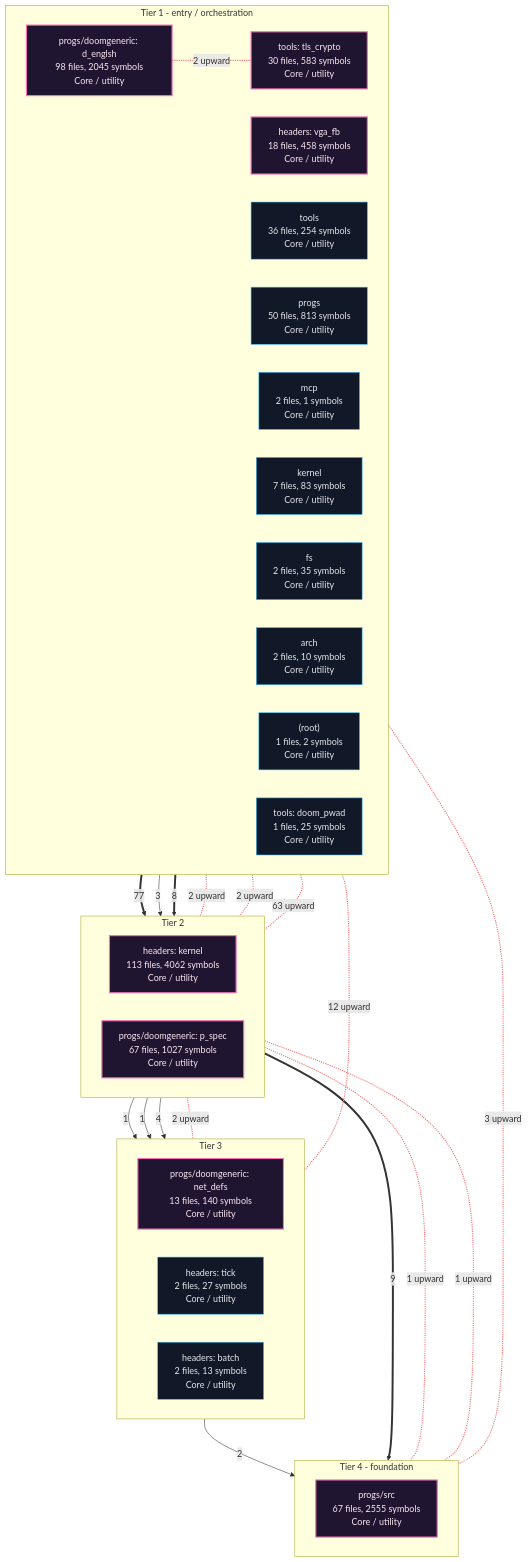
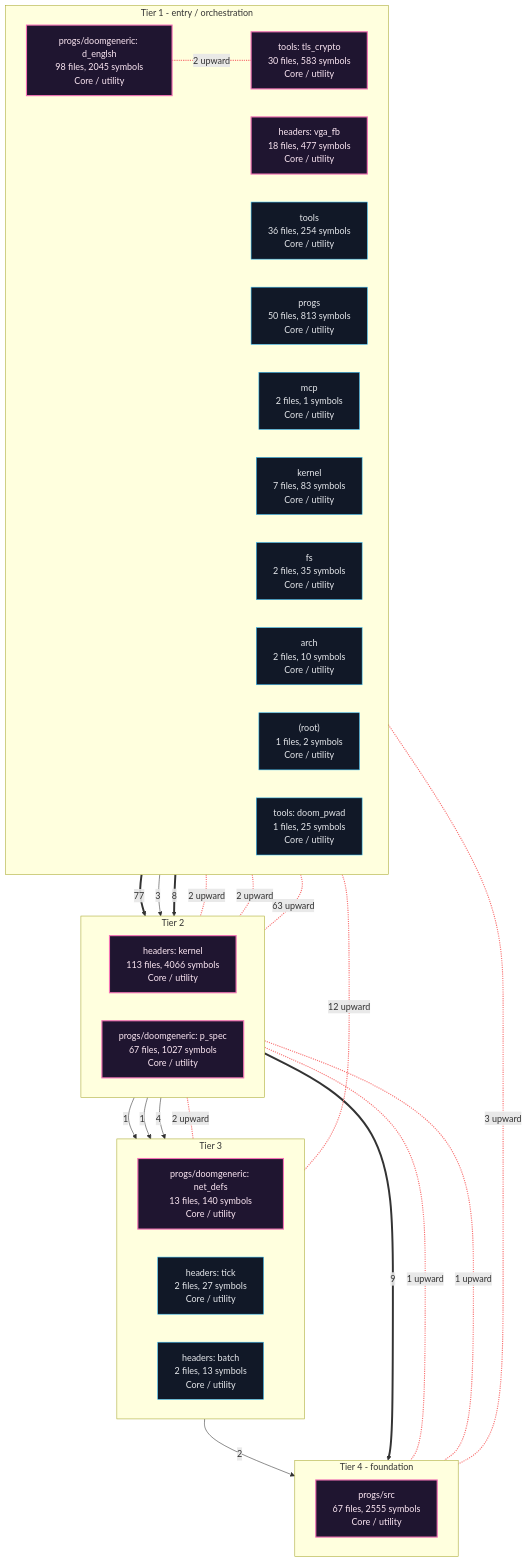
The first of 5 diagrams in readmenator-apidocs/architecture.md (grisuno/miniOS), drawn with Mermaid before and after one commit. The commit also changed 165 other files, not shown here.

````diff
--- a/readmenator-apidocs/architecture.md
+++ b/readmenator-apidocs/architecture.md
@@ -11,55 +11,55 @@
 ```mermaid
 flowchart TB
     classDef cycle fill:#1f1530,stroke:#f472b6,color:#fce7f3,stroke-width:2px;
     classDef default fill:#111827,stroke:#38bdf8,color:#e5e7eb;
     subgraph lane_0["Tier 1 - entry / orchestration"]
         direction LR
         n_c1["progs/doomgeneric: d_englsh<br/>98 files, 2045 symbols<br/>Core / utility"]:::cycle
         n_c4["tools: tls_crypto<br/>30 files, 583 symbols<br/>Core / utility"]:::cycle
-        n_c5["headers: vga_fb<br/>18 files, 458 symbols<br/>Core / utility"]:::cycle
+        n_c5["headers: vga_fb<br/>18 files, 477 symbols<br/>Core / utility"]:::cycle
         n_d_tools["tools<br/>36 files, 254 symbols<br/>Core / utility"]:::default
         n_d_progs["progs<br/>50 files, 813 symbols<br/>Core / utility"]:::default
         n_d_mcp["mcp<br/>2 files, 1 symbols<br/>Core / utility"]:::default
         n_d_kernel["kernel<br/>7 files, 83 symbols<br/>Core / utility"]:::default
         n_d_fs["fs<br/>2 files, 35 symbols<br/>Core / utility"]:::default
         n_d_arch["arch<br/>2 files, 10 symbols<br/>Core / utility"]:::default
         n_d__root_["(root)<br/>1 files, 2 symbols<br/>Core / utility"]:::default
         n_c9["tools: doom_pwad<br/>1 files, 25 symbols<br/>Core / utility"]:::default
     end
     subgraph lane_1["Tier 2"]
         direction LR
-        n_c0["headers: kernel<br/>113 files, 4062 symbols<br/>Core / utility"]:::cycle
+        n_c0["headers: kernel<br/>113 files, 4066 symbols<br/>Core / utility"]:::cycle
         n_c3["progs/doomgeneric: p_spec<br/>67 files, 1027 symbols<br/>Core / utility"]:::cycle
     end
     subgraph lane_2["Tier 3"]
         direction LR
         n_c6["progs/doomgeneric: net_defs<br/>13 files, 140 symbols<br/>Core / utility"]:::cycle
         n_c8["headers: tick<br/>2 files, 27 symbols<br/>Core / utility"]:::default
         n_c7["headers: batch<br/>2 files, 13 symbols<br/>Core / utility"]:::default
     end
     subgraph lane_3["Tier 4 - foundation"]
         direction LR
         n_c2["progs/src<br/>67 files, 2555 symbols<br/>Core / utility"]:::cycle
     end
     n_c0 ==>|"9"| n_c2
     n_c0 -->|"1"| n_c7
     n_c0 -->|"1"| n_c8
     n_c1 ==>|"77"| n_c3
     n_c3 -->|"4"| n_c6
     n_c4 -->|"3"| n_c0
     n_c5 ==>|"8"| n_c0
     n_c6 -->|"2"| n_c2
     n_c4 <-.-|"2 upward"| n_c0
     n_c5 <-.-|"2 upward"| n_c0
     n_c0 <-.-|"1 upward"| n_c2
     n_c1 <-.-|"3 upward"| n_c2
     n_c3 <-.-|"1 upward"| n_c2
     n_c1 <-.-|"63 upward"| n_c3
     n_c1 <-.-|"2 upward"| n_c4
     n_c1 <-.-|"12 upward"| n_c6
     n_c3 <-.-|"2 upward"| n_c6
     linkStyle 8,9,10,11,12,13,14,15,16 stroke:#f87171,stroke-width:2px;
     n_c1 ~~~ n_c0
     n_c0 ~~~ n_c6
     n_c6 ~~~ n_c2
 ```
````
